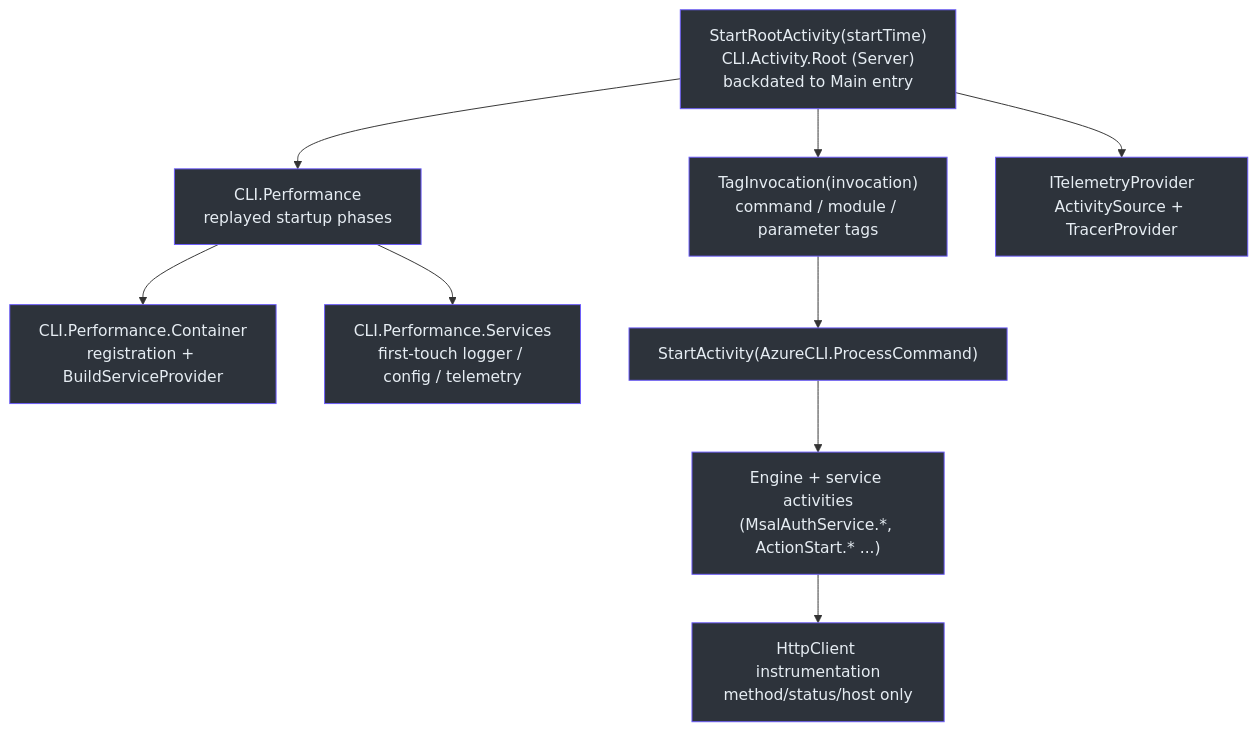
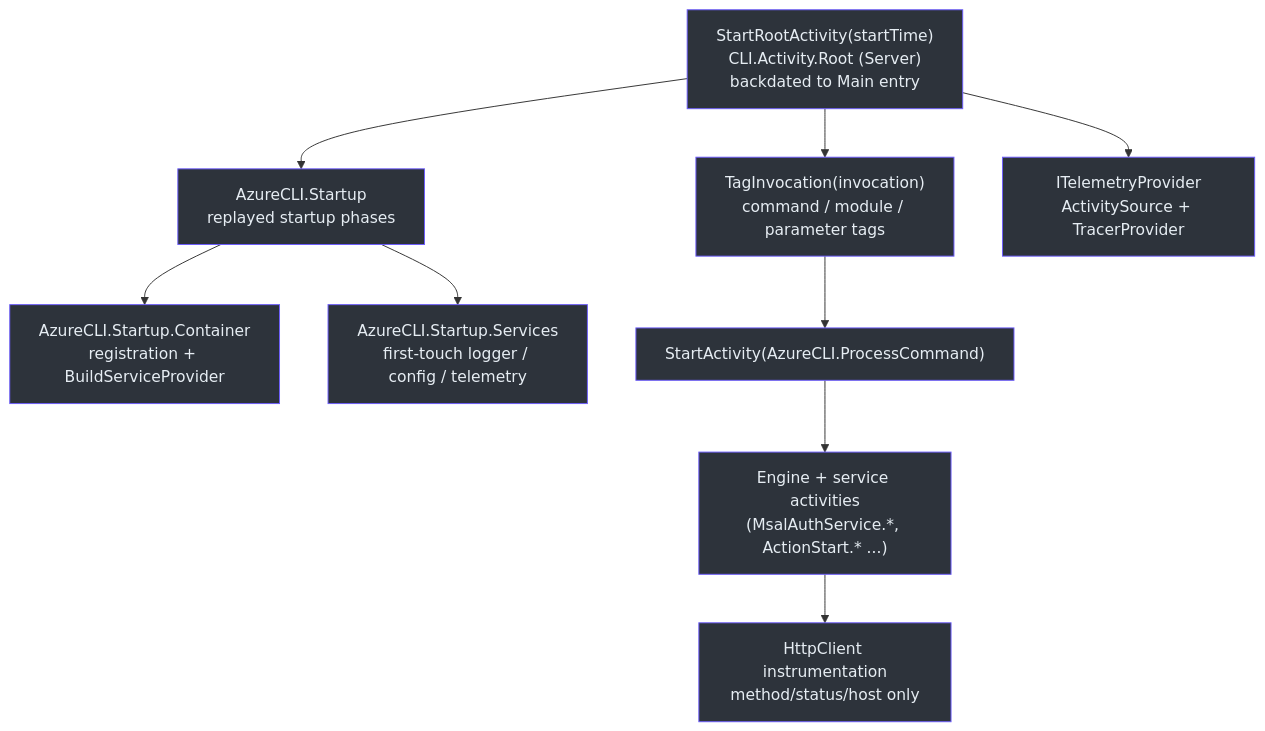
One commit to Azure/azclips changed the first of 2 diagrams in wiki/02-deep-dive/telemetry.md. Above: the diagram before and after it, drawn with Mermaid.

````diff
--- a/wiki/02-deep-dive/telemetry.md
+++ b/wiki/02-deep-dive/telemetry.md
@@ -23,21 +23,21 @@
 ```mermaid
 flowchart TB
-    Root["StartRootActivity(startTime)<br>CLI.Activity.Root (Server)<br>backdated to Main entry"] --> Perf["CLI.Performance<br>replayed startup phases"]
-    Perf --> Container["CLI.Performance.Container<br>registration + BuildServiceProvider"]
-    Perf --> Services["CLI.Performance.Services<br>first-touch logger / config / telemetry"]
+    Root["StartRootActivity(startTime)<br>CLI.Activity.Root (Server)<br>backdated to Main entry"] --> Perf["AzureCLI.Startup<br>replayed startup phases"]
+    Perf --> Container["AzureCLI.Startup.Container<br>registration + BuildServiceProvider"]
+    Perf --> Services["AzureCLI.Startup.Services<br>first-touch logger / config / telemetry"]
     Root --> Tag["TagInvocation(invocation)<br>command / module / parameter tags"]
     Tag --> Cmd["StartActivity(AzureCLI.ProcessCommand)"]
     Cmd --> Engine["Engine + service activities<br>(MsalAuthService.*, ActionStart.* ...)"]
     Engine --> Http["HttpClient instrumentation<br>method/status/host only"]
     Root --> Provider["ITelemetryProvider<br>ActivitySource + TracerProvider"]
 
     style Root fill:#2d333b,stroke:#6d5dfc,color:#e6edf3
     style Perf fill:#2d333b,stroke:#6d5dfc,color:#e6edf3
     style Container fill:#2d333b,stroke:#6d5dfc,color:#e6edf3
     style Services fill:#2d333b,stroke:#6d5dfc,color:#e6edf3
     style Tag fill:#2d333b,stroke:#6d5dfc,color:#e6edf3
     style Cmd fill:#2d333b,stroke:#6d5dfc,color:#e6edf3
     style Engine fill:#2d333b,stroke:#6d5dfc,color:#e6edf3
     style Http fill:#2d333b,stroke:#6d5dfc,color:#e6edf3
     style Provider fill:#2d333b,stroke:#6d5dfc,color:#e6edf3
 ```
````
